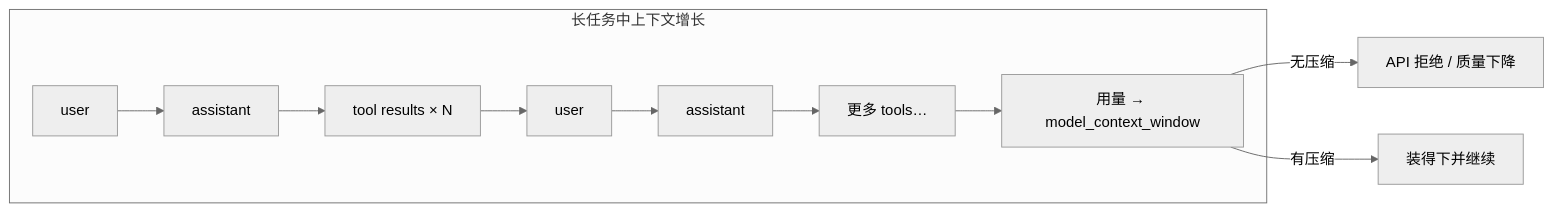
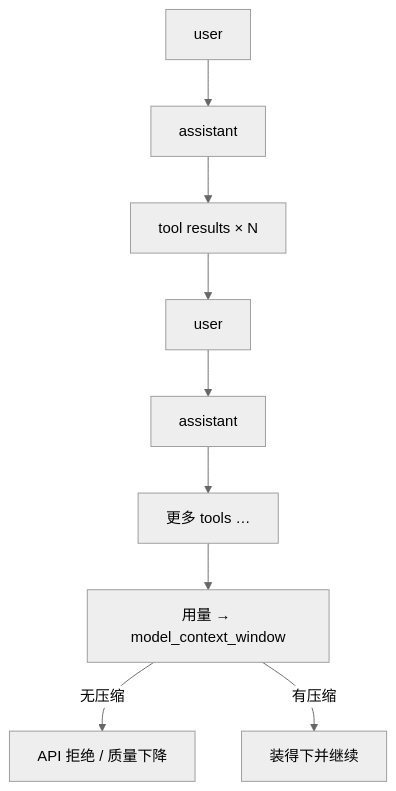
Before and after one commit to rust-infra/tact: the first of 15 diagrams in book/05_chapter_compact_zh.md, drawn with Mermaid (neutral theme). The commit also changed other lines of this file and 303 other files, not shown here.

````diff
--- a/book/05_chapter_compact_zh.md
+++ b/book/05_chapter_compact_zh.md
@@ -21,13 +19,11 @@
 ```mermaid
-flowchart LR
-    subgraph Growth["长任务中上下文增长"]
-        U1[user] --> A1[assistant]
-        A1 --> T1[tool results × N]
-        T1 --> U2[user]
-        U2 --> A2[assistant]
-        A2 --> T2[更多 tools…]
-        T2 --> Huge["用量 → model_context_window"]
-    end
-    Huge -->|无压缩| Fail[API 拒绝 / 质量下降]
-    Huge -->|有压缩| Fit[装得下并继续]
+graph TD
+    u1[user] --> a1[assistant]
+    a1 --> t1[tool results × N]
+    t1 --> u2[user]
+    u2 --> a2[assistant]
+    a2 --> t2[更多 tools …]
+    t2 --> huge[用量 → model_context_window]
+    huge -->|无压缩| fail[API 拒绝 / 质量下降]
+    huge -->|有压缩| fit[装得下并继续]
 ```
````
